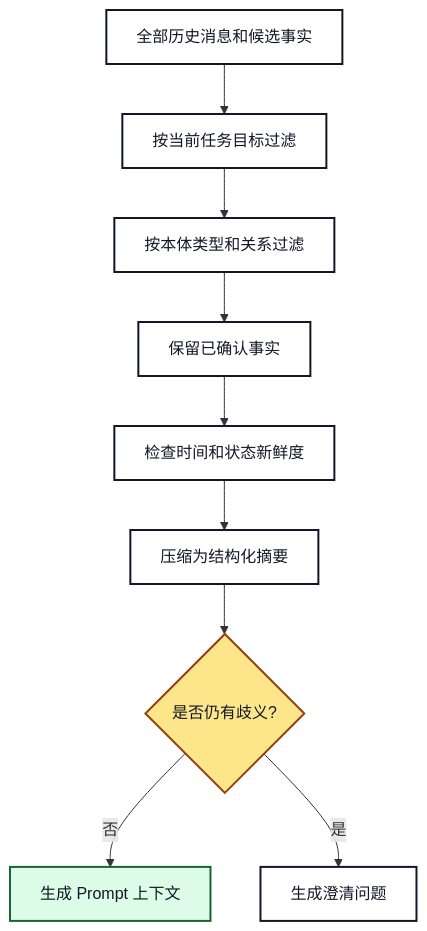
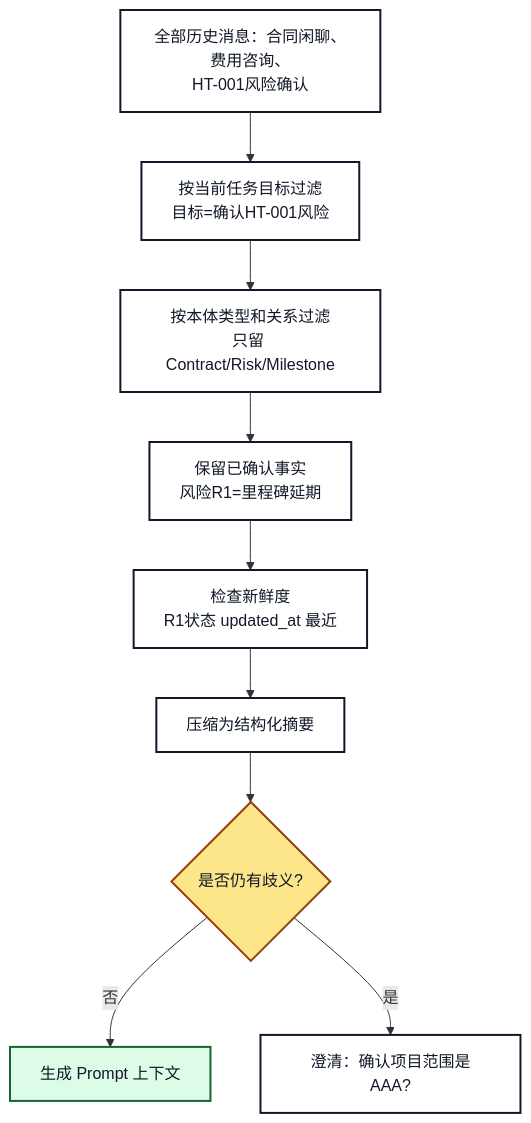
One commit to sealzrt/2026-08--agent changed the fourth of 4 diagrams in 本体论-agent/05-Agent集成/11.本体论增强上下文管理和记忆.md. Above: the diagram before and after it, drawn with Mermaid. The commit also changed other lines of this file and 62 other files, not shown here.

````diff
--- a/本体论-agent/05-Agent集成/11.本体论增强上下文管理和记忆.md
+++ b/本体论-agent/05-Agent集成/11.本体论增强上下文管理和记忆.md
@@ -97,18 +141,18 @@
 ```mermaid
 flowchart TD
-    H[全部历史消息和候选事实] --> F1[按当前任务目标过滤]
-    F1 --> F2[按本体类型和关系过滤]
-    F2 --> F3[保留已确认事实]
-    F3 --> F4[检查时间和状态新鲜度]
+    H[全部历史消息：合同闲聊、费用咨询、<br/>HT-001风险确认] --> F1[按当前任务目标过滤<br/>目标=确认HT-001风险]
+    F1 --> F2[按本体类型和关系过滤<br/>只留 Contract/Risk/Milestone]
+    F2 --> F3[保留已确认事实<br/>风险R1=里程碑延期]
+    F3 --> F4[检查新鲜度<br/>R1状态 updated_at 最近]
     F4 --> F5[压缩为结构化摘要]
     F5 --> Q{是否仍有歧义?}
     Q -->|否| P[生成 Prompt 上下文]
-    Q -->|是| A[生成澄清问题]
+    Q -->|是| A[澄清：确认项目范围是AAA?]
 
     classDef step fill:#FFFFFF,stroke:#111827,color:#111827,stroke-width:2px;
     classDef decision fill:#FDE68A,stroke:#92400E,color:#111827,stroke-width:2px;
     classDef result fill:#DCFCE7,stroke:#166534,color:#111827,stroke-width:2px;
     class H,F1,F2,F3,F4,F5,A step;
     class Q decision;
     class P result;
 ```
````
